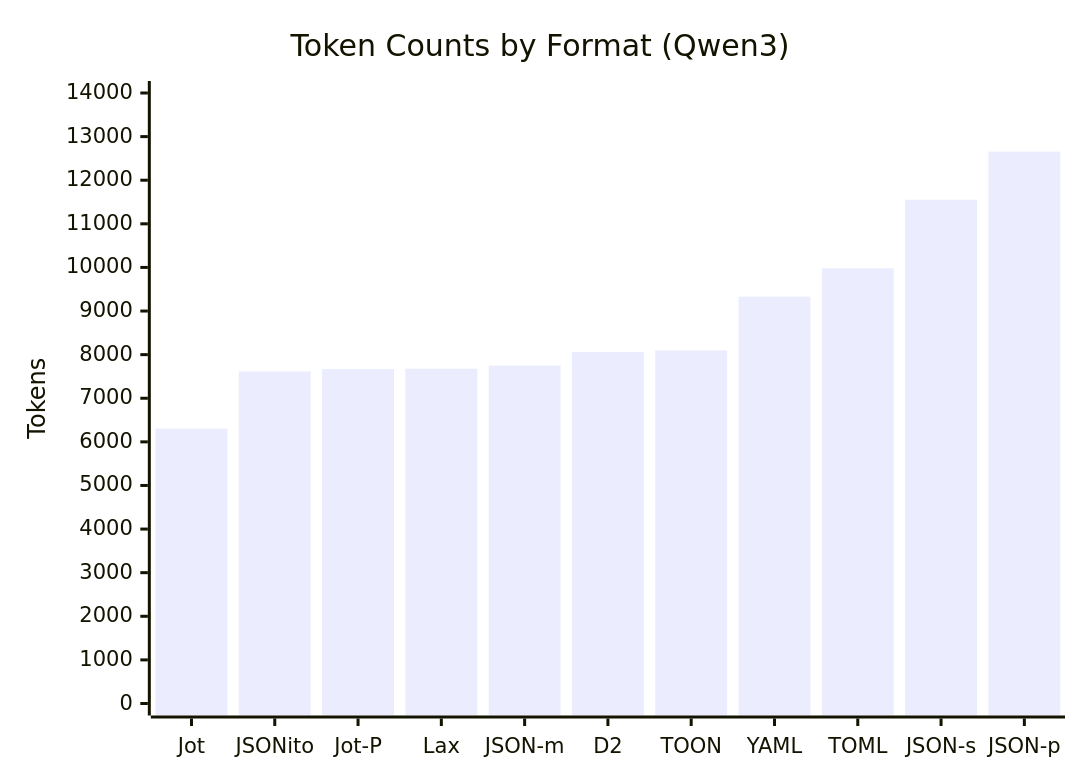
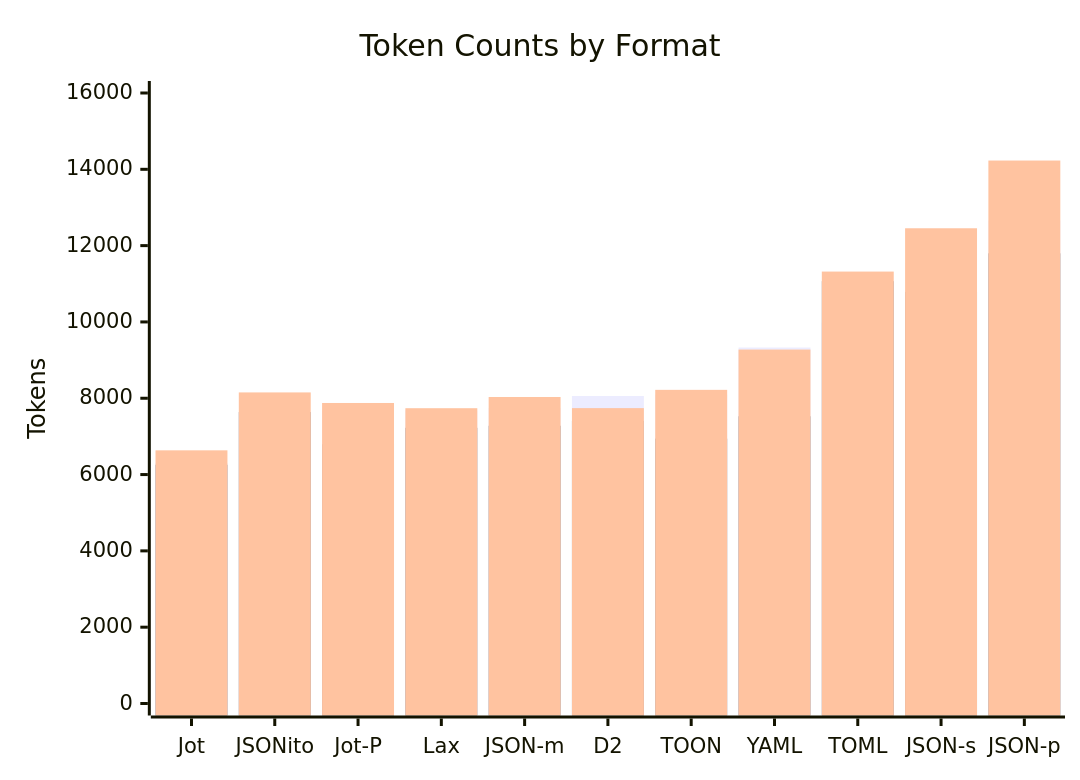
One commit to creationix/agent-op-agent changed the diagram in encoding-formats/SUMMARY.md. Above: the diagram before and after it, drawn with Mermaid. The commit also changed 2 other files, not shown here.

Commit message:
More details

````diff
--- a/encoding-formats/SUMMARY.md
+++ b/encoding-formats/SUMMARY.md
@@ -12,7 +12,9 @@
 ```mermaid
 xychart-beta
-    title "Token Counts by Format (Qwen3)"
+    title "Token Counts by Format"
     x-axis ["Jot", "JSONito", "Jot-P", "Lax", "JSON-m", "D2", "TOON", "YAML", "TOML", "JSON-s", "JSON-p"]
-    y-axis "Tokens" 0 --> 14000
-    bar [6305, 7615, 7670, 7678, 7748, 8059, 8098, 9330, 9980, 11553, 12656]
+    y-axis "Tokens" 0 --> 16000
+    bar "Qwen" [6305, 7615, 7670, 7678, 7748, 8059, 8098, 9330, 9980, 11553, 12656]
+    bar "Legacy" [6258, 7640, 6795, 7225, 7279, 7406, 6942, 7528, 11068, 10786, 11798]
+    bar "Claude" [6635, 8153, 7876, 7739, 8033, 7741, 8220, 9276, 11320, 12455, 14230]
 ```
````
